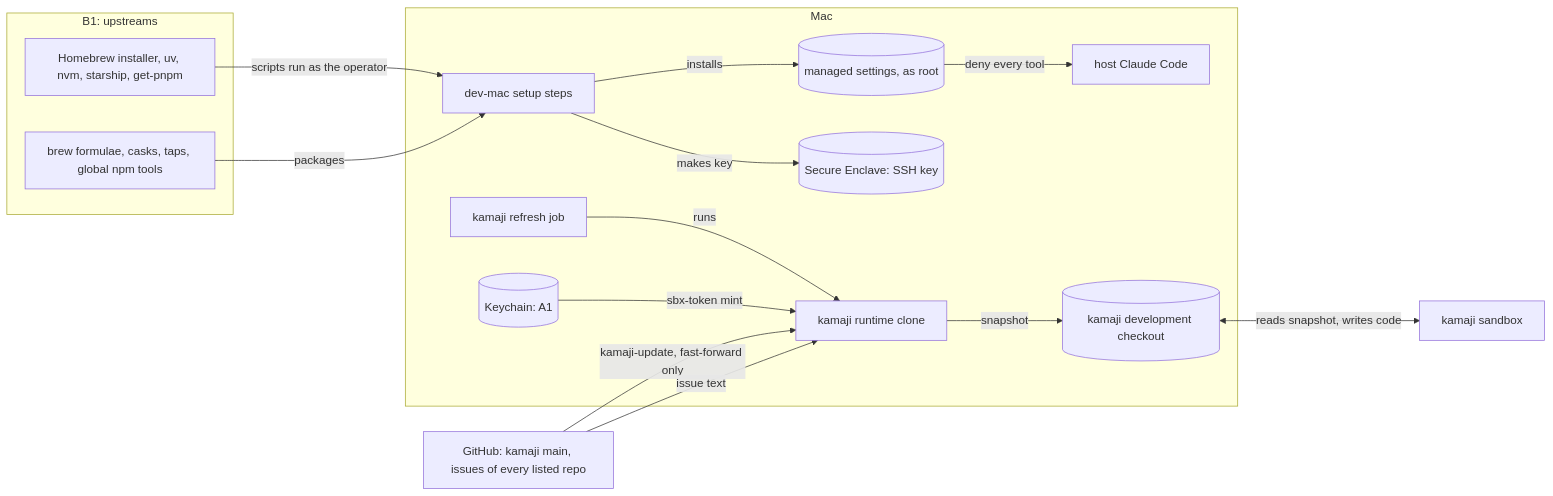
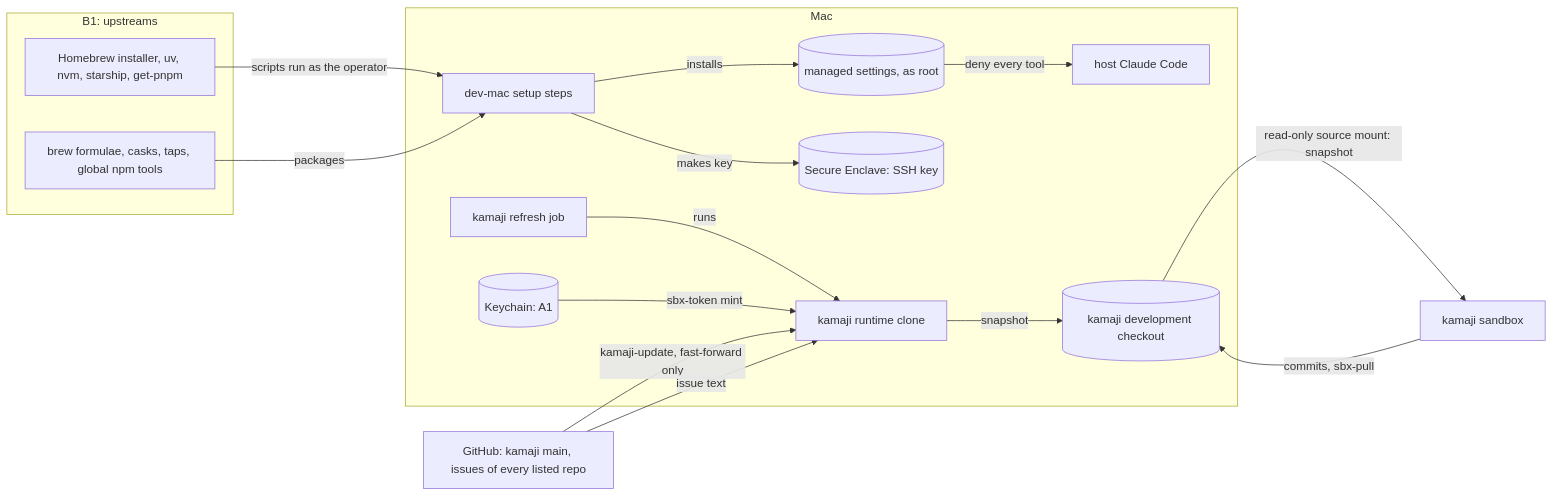
Before and after one commit to domtriola/dotfiles: the diagram in docs/threat-model/profile-dev-mac.md, drawn with Mermaid. The commit also changed other lines of this file and 7 other files, not shown here.

````diff
--- a/docs/threat-model/profile-dev-mac.md
+++ b/docs/threat-model/profile-dev-mac.md
@@ -58,31 +58,32 @@
 ```mermaid
 flowchart LR
   subgraph Internet["B1: upstreams"]
     installers[Homebrew installer, uv, nvm, starship, get-pnpm]
     pkgs[brew formulae, casks, taps, global npm tools]
   end
   subgraph Mac["Mac"]
     setup[dev-mac setup steps]
     managed[(managed settings, as root)]
     claude[host Claude Code]
     se[(Secure Enclave: SSH key)]
     runtime[kamaji runtime clone]
     job[kamaji refresh job]
     keychain[(Keychain: A1)]
     devco[(kamaji development checkout)]
   end
   github[GitHub: kamaji main, issues of every listed repo]
   sandbox[kamaji sandbox]
 
   installers -- scripts run as the operator --> setup
   pkgs -- packages --> setup
   setup -- installs --> managed
   managed -- deny every tool --> claude
   setup -- makes key --> se
   github -- kamaji-update, fast-forward only --> runtime
   job -- runs --> runtime
   keychain -- sbx-token mint --> runtime
   github -- issue text --> runtime
   runtime -- snapshot --> devco
-  devco <-- reads snapshot, writes code --> sandbox
+  devco -- read-only source mount: snapshot --> sandbox
+  sandbox -- commits, sbx-pull --> devco
 ```
````
